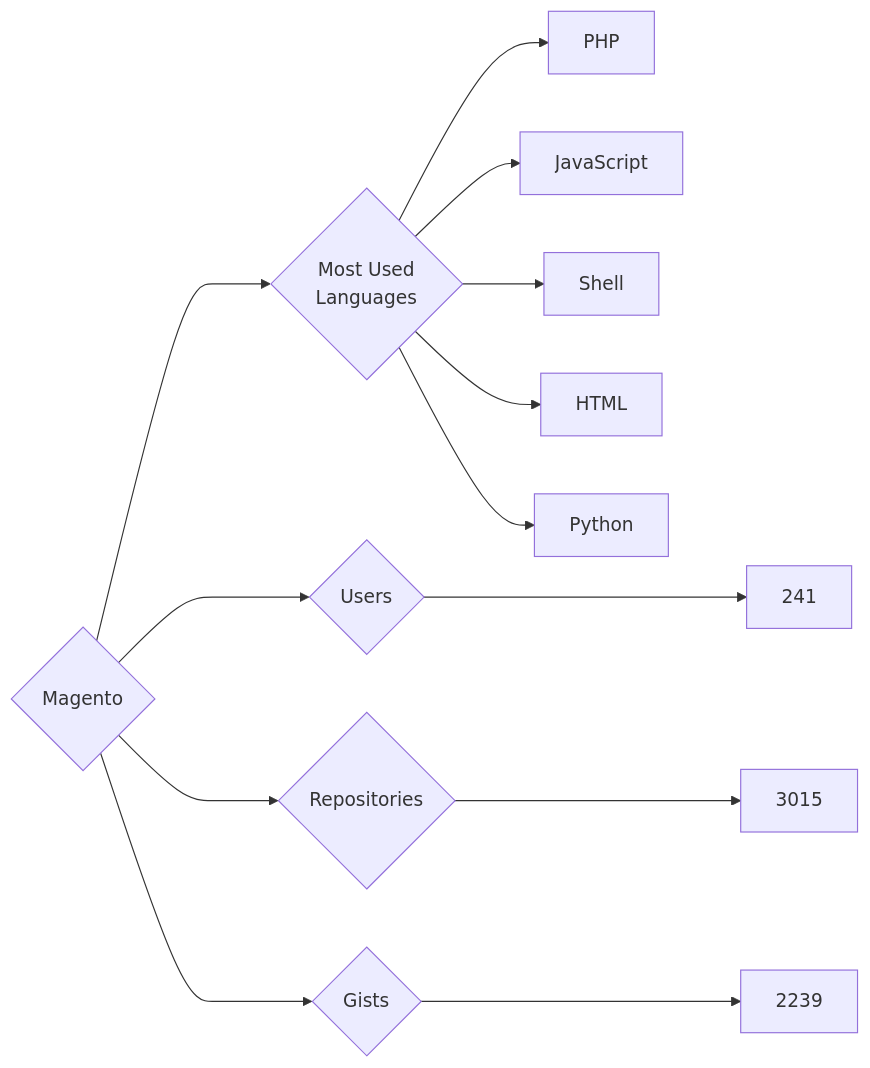
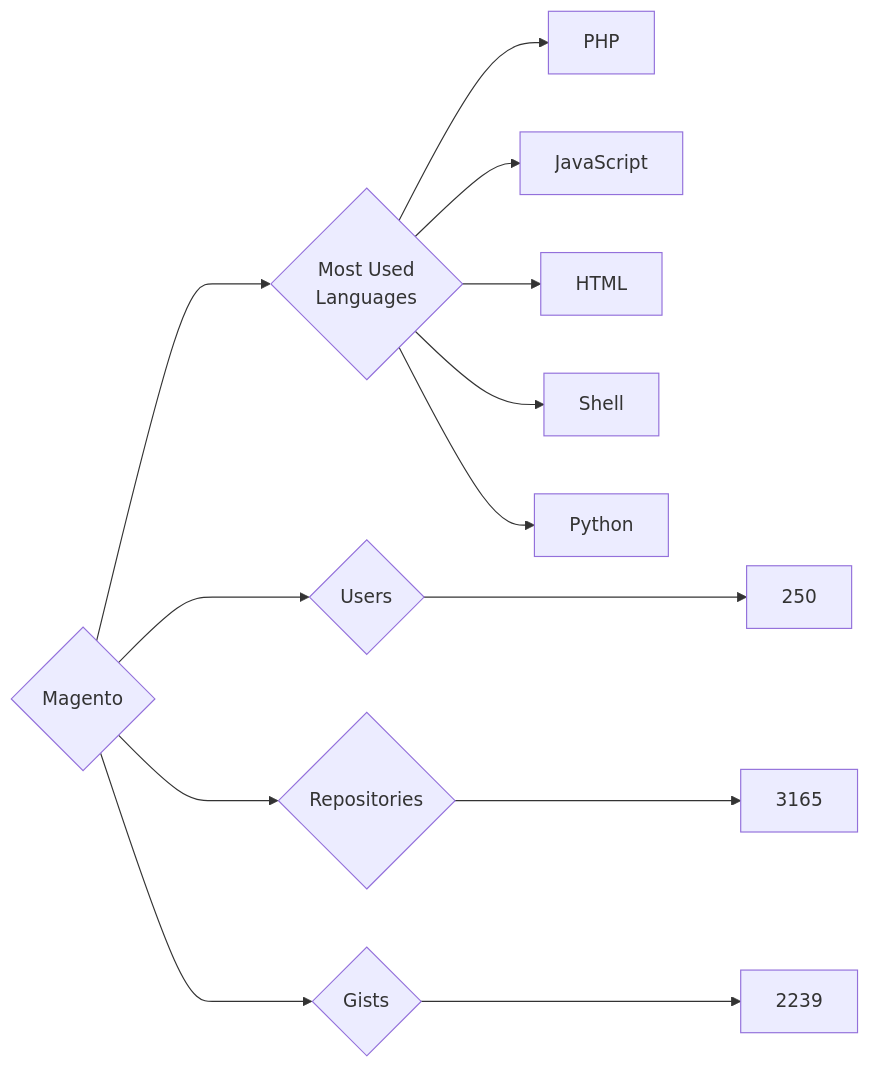
The diagram in targets/Magento/README.md (trickest/insiders), drawn with Mermaid before and after one commit. The commit also changed 935 other files, not shown here.

````diff
--- a/targets/Magento/README.md
+++ b/targets/Magento/README.md
@@ -3,13 +3,13 @@
 ```mermaid
 graph LR
 COMPANY_NAME{Magento}
-COMPANY_NAME ---> U{Users} ---> UN[241]
-COMPANY_NAME ---> R{Repositories} ---> RN[3015]
+COMPANY_NAME ---> U{Users} ---> UN[250]
+COMPANY_NAME ---> R{Repositories} ---> RN[3165]
 COMPANY_NAME ---> G{Gists} ---> GN[2239]
 COMPANY_NAME ---> ML{Most Used<br>Languages}
 ML --> PHP[PHP]
 ML --> JavaScript[JavaScript]
+ML --> HTML[HTML]
 ML --> Shell[Shell]
-ML --> HTML[HTML]
 ML --> Python[Python]
 ```
````
